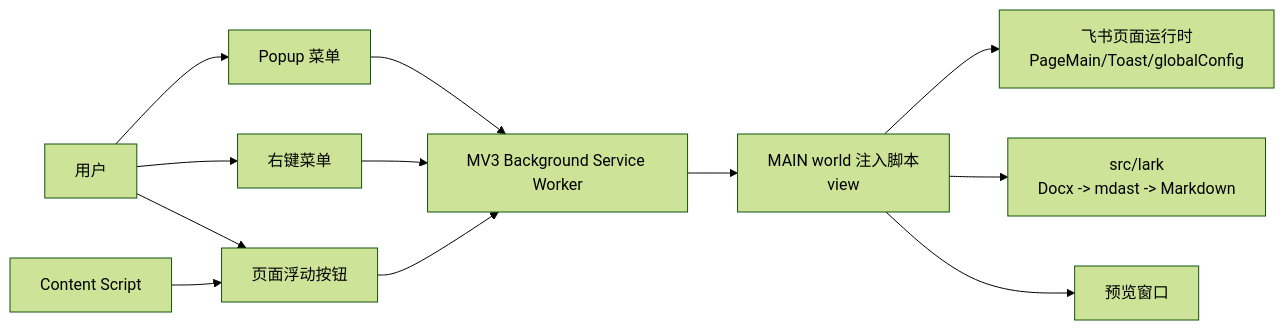
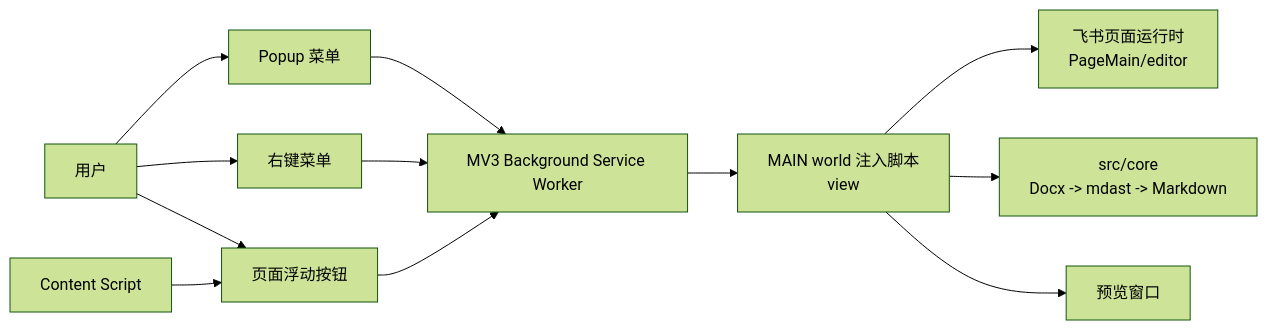
The first of 3 diagrams in docs/architecture-design.md (zhangpengfei-xyz/cloud-document-converter), drawn with Mermaid (forest theme) before and after one commit. The commit also changed other lines of this file and 29 other files, not shown here.

````diff
--- a/docs/architecture-design.md
+++ b/docs/architecture-design.md
@@ -33,16 +33,16 @@
 ```mermaid
 flowchart LR
   User["用户"] --> Popup["Popup 菜单"]
   User --> ContextMenu["右键菜单"]
   User --> FloatingButtons["页面浮动按钮"]
 
   Popup --> Background["MV3 Background Service Worker"]
   ContextMenu --> Background
   FloatingButtons --> Background
 
   Background --> InjectedScripts["MAIN world 注入脚本<br/>view"]
-  InjectedScripts --> LarkRuntime["飞书页面运行时<br/>PageMain/Toast/globalConfig"]
-  InjectedScripts --> LarkModule["src/lark<br/>Docx -> mdast -> Markdown"]
+  InjectedScripts --> LarkRuntime["飞书页面运行时<br/>PageMain/editor"]
+  InjectedScripts --> CoreModule["src/core<br/>Docx -> mdast -> Markdown"]
   InjectedScripts --> Output["预览窗口"]
   Content["Content Script"] --> FloatingButtons
 ```
````
